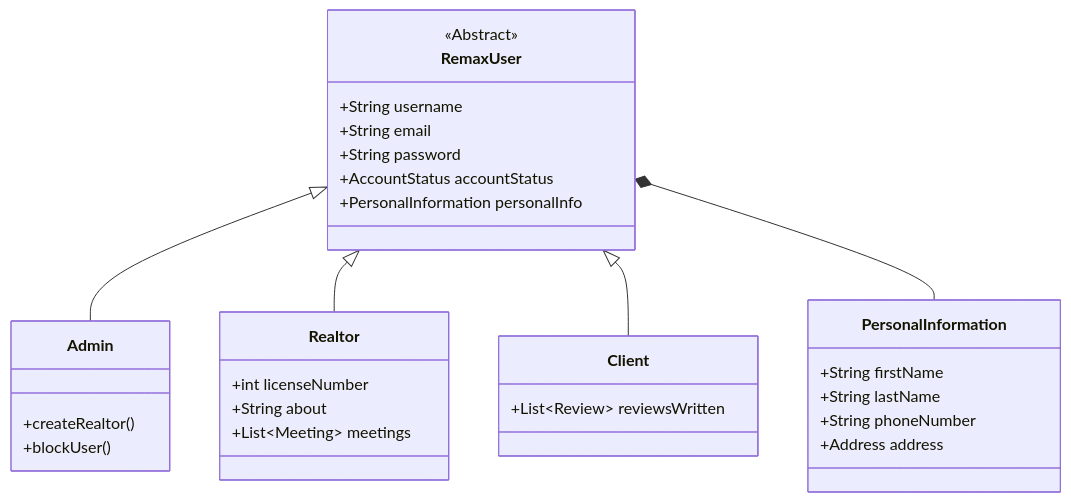
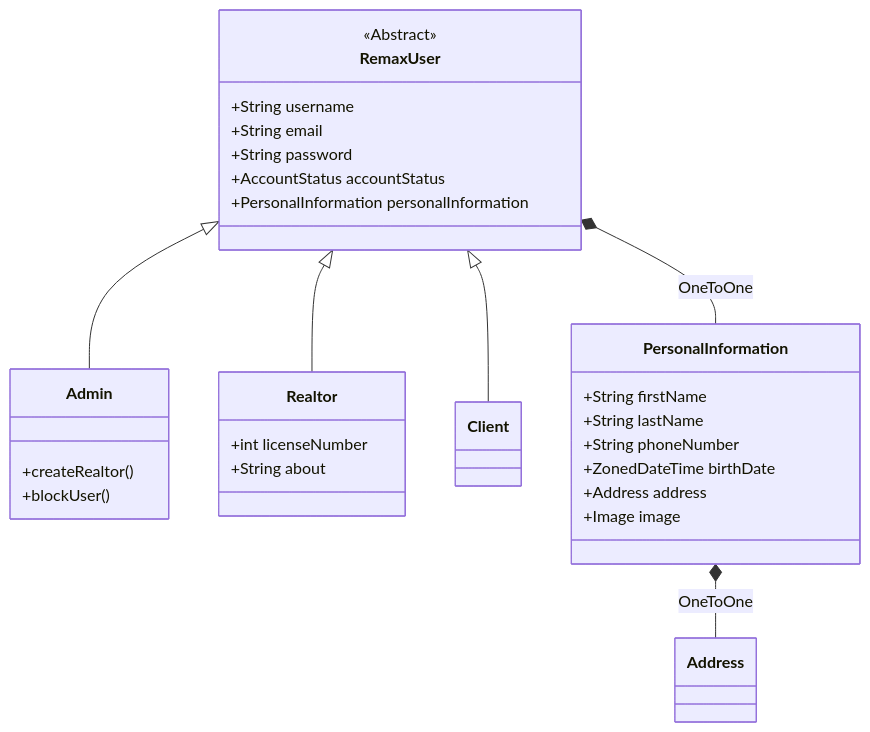
Before and after one commit to Majkle/NNPRO-REMAX-BE: the second of 7 diagrams in doc/Architecture_and_Design.md, drawn with Mermaid. The commit also changed other lines of this file, not shown here.

````diff
--- a/doc/Architecture_and_Design.md
+++ b/doc/Architecture_and_Design.md
@@ -54,38 +75,40 @@
 ```mermaid
 classDiagram
     class RemaxUser {
         <<Abstract>>
         +String username
         +String email
         +String password
         +AccountStatus accountStatus
-        +PersonalInformation personalInfo
+        +PersonalInformation personalInformation
     }
 
     class Admin {
         +createRealtor()
         +blockUser()
     }
 
     class Realtor {
         +int licenseNumber
         +String about
-        +List~Meeting~ meetings
     }
 
     class Client {
-        +List~Review~ reviewsWritten
+
     }
 
     class PersonalInformation {
         +String firstName
         +String lastName
         +String phoneNumber
+        +ZonedDateTime birthDate
         +Address address
+        +Image image
     }
 
     RemaxUser <|-- Admin
     RemaxUser <|-- Realtor
     RemaxUser <|-- Client
-    RemaxUser *-- PersonalInformation
+    RemaxUser *-- PersonalInformation : OneToOne
+    PersonalInformation *-- Address : OneToOne
 ```
````
